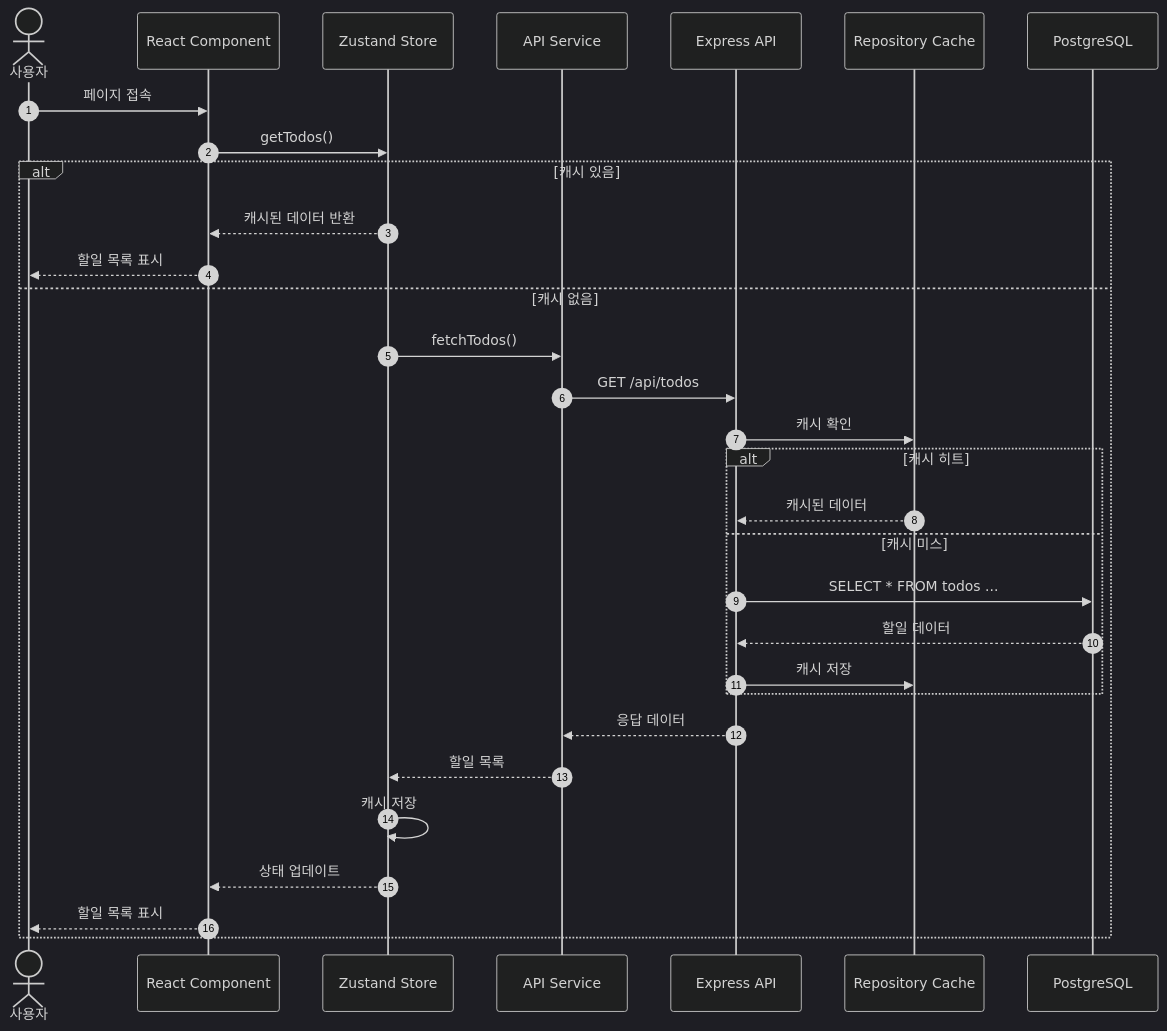
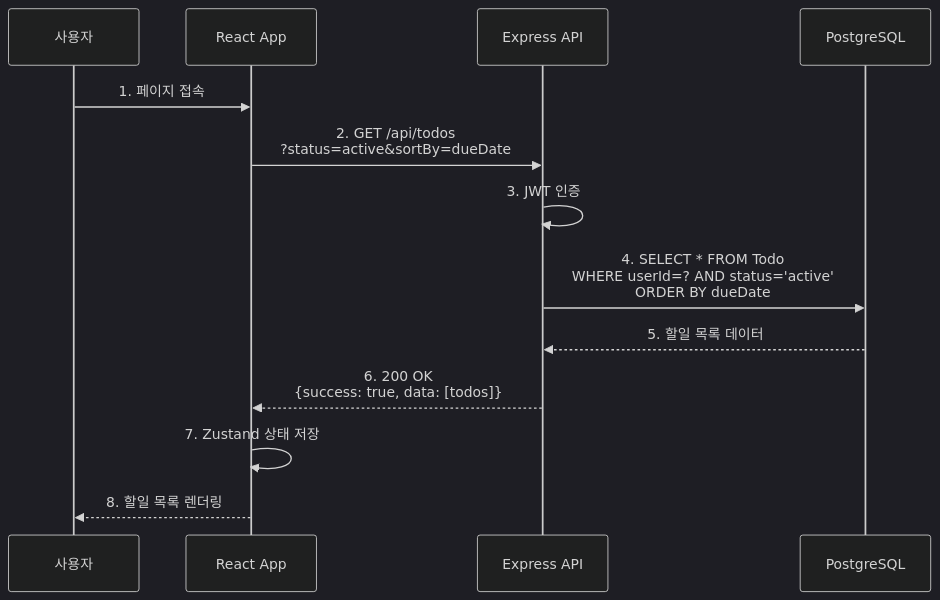
One commit to zecool/pkt-todolist changed the fifth of 7 diagrams in docs/5-arch-diagram.md. Above: the diagram before and after it, drawn with Mermaid (dark theme). The commit also changed other lines of this file and 91 other files, not shown here.

````diff
--- a/docs/5-arch-diagram.md
+++ b/docs/5-arch-diagram.md
@@ -385,38 +292,16 @@
 ```mermaid
 sequenceDiagram
-    autonumber
-
-    actor User as 사용자
-    participant UI as React Component
-    participant Store as Zustand Store
-    participant Service as API Service
-    participant API as Express API
-    participant Cache as Repository Cache
+    participant User as 사용자
+    participant Frontend as React App
+    participant Backend as Express API
     participant DB as PostgreSQL
 
-    User->>UI: 페이지 접속
-    UI->>Store: getTodos()
-
-    alt 캐시 있음
-        Store-->>UI: 캐시된 데이터 반환
-        UI-->>User: 할일 목록 표시
-    else 캐시 없음
-        Store->>Service: fetchTodos()
-        Service->>API: GET /api/todos
-        API->>Cache: 캐시 확인
-
-        alt 캐시 히트
-            Cache-->>API: 캐시된 데이터
-        else 캐시 미스
-            API->>DB: SELECT * FROM todos ...
-            DB-->>API: 할일 데이터
-            API->>Cache: 캐시 저장
-        end
-
-        API-->>Service: 응답 데이터
-        Service-->>Store: 할일 목록
-        Store->>Store: 캐시 저장
-        Store-->>UI: 상태 업데이트
-        UI-->>User: 할일 목록 표시
-    end
+    User->>Frontend: 1. 페이지 접속
+    Frontend->>Backend: 2. GET /api/todos<br/>?status=active&sortBy=dueDate
+    Backend->>Backend: 3. JWT 인증
+    Backend->>DB: 4. SELECT * FROM Todo<br/>WHERE userId=? AND status='active'<br/>ORDER BY dueDate
+    DB-->>Backend: 5. 할일 목록 데이터
+    Backend-->>Frontend: 6. 200 OK<br/>{success: true, data: [todos]}
+    Frontend->>Frontend: 7. Zustand 상태 저장
+    Frontend-->>User: 8. 할일 목록 렌더링
 ```
````
